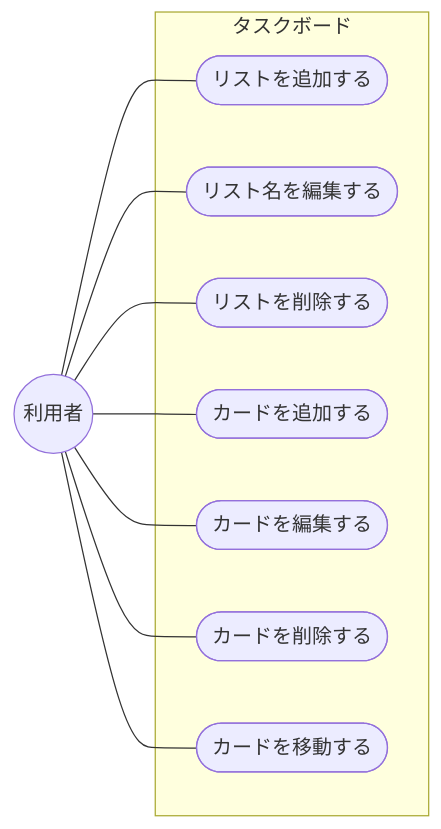
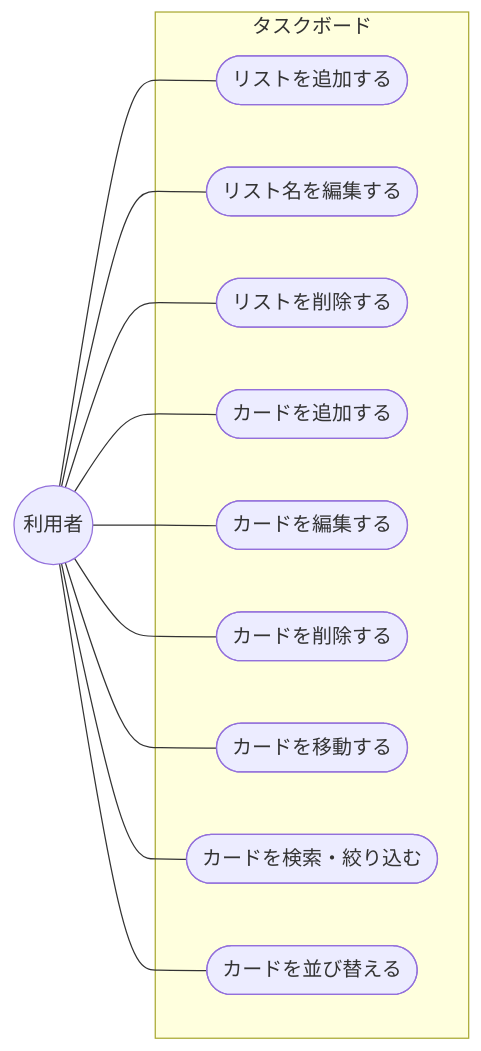
One commit to masatsumaple-creator/task-management changed the diagram in docs/requirements.md. Above: the diagram before and after it, drawn with Mermaid. The commit also changed other lines of this file and 8 other files, not shown here.

````diff
--- a/docs/requirements.md
+++ b/docs/requirements.md
@@ -32,22 +32,26 @@
 ```mermaid
 flowchart LR
   actor((利用者))
 
   subgraph system["タスクボード"]
     uc1([リストを追加する])
     uc2([リスト名を編集する])
     uc3([リストを削除する])
     uc4([カードを追加する])
     uc5([カードを編集する])
     uc6([カードを削除する])
     uc7([カードを移動する])
+    uc8([カードを検索・絞り込む])
+    uc9([カードを並び替える])
   end
 
   actor --- uc1
   actor --- uc2
   actor --- uc3
   actor --- uc4
   actor --- uc5
   actor --- uc6
   actor --- uc7
+  actor --- uc8
+  actor --- uc9
 ```
````
